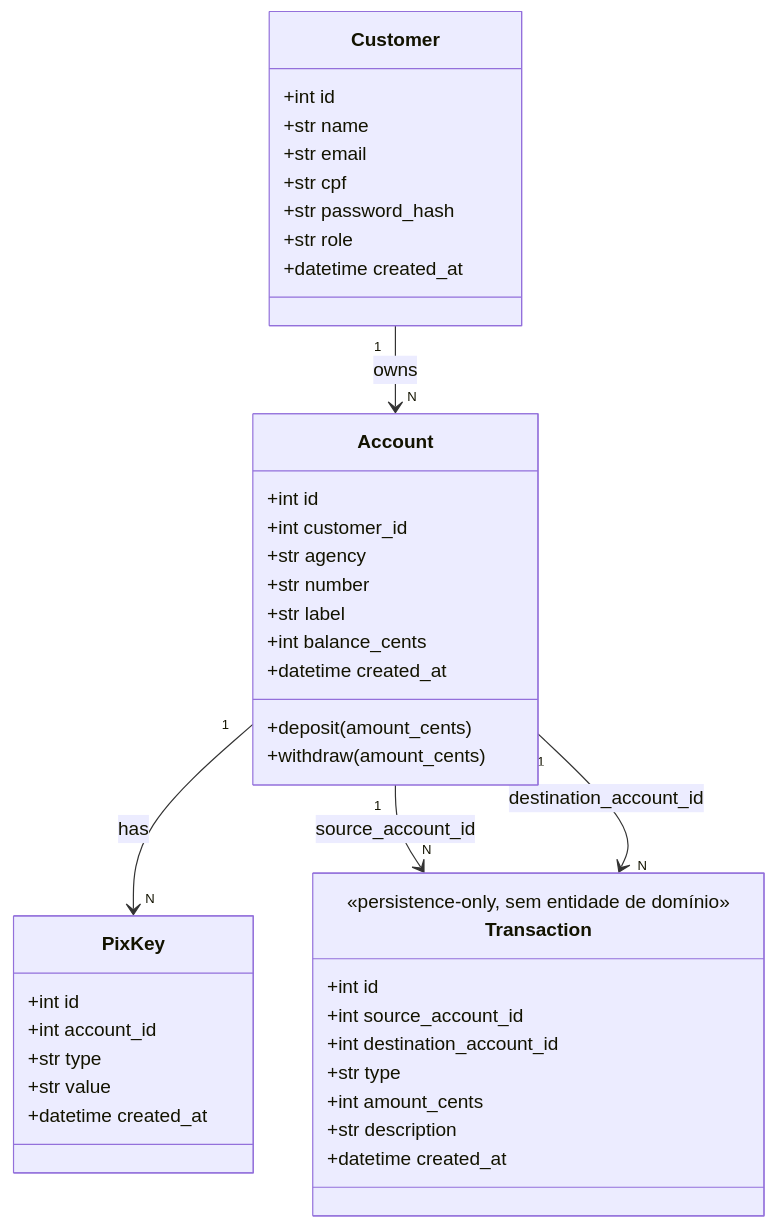
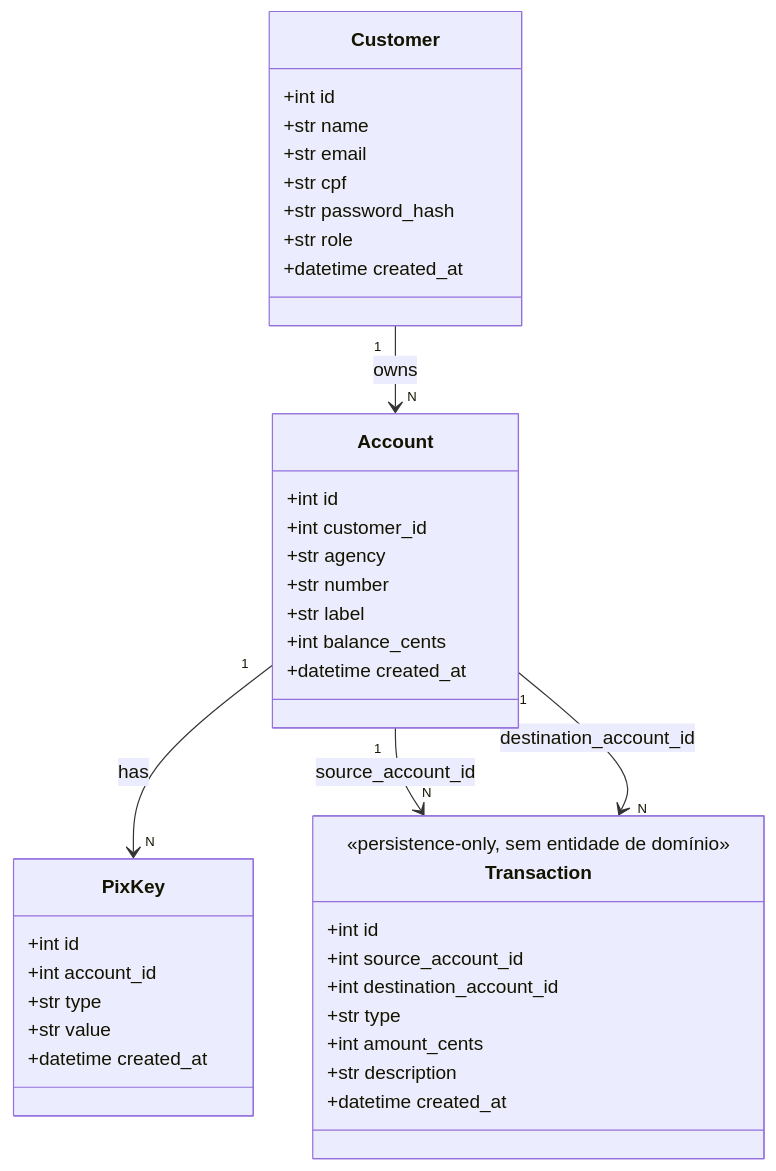
One commit to Henrique-CBueno/CP4---Python changed the diagram in docs/final/04-modelo-de-dominio.md. Above: the diagram before and after it, drawn with Mermaid. The commit also changed other lines of this file and 5 other files, not shown here.

````diff
--- a/docs/final/04-modelo-de-dominio.md
+++ b/docs/final/04-modelo-de-dominio.md
@@ -211,45 +205,43 @@
 ```mermaid
 classDiagram
     class Customer {
         +int id
         +str name
         +str email
         +str cpf
         +str password_hash
         +str role
         +datetime created_at
     }
     class Account {
         +int id
         +int customer_id
         +str agency
         +str number
         +str label
         +int balance_cents
         +datetime created_at
-        +deposit(amount_cents)
-        +withdraw(amount_cents)
     }
     class PixKey {
         +int id
         +int account_id
         +str type
         +str value
         +datetime created_at
     }
     class Transaction {
         <<persistence-only, sem entidade de domínio>>
         +int id
         +int source_account_id
         +int destination_account_id
         +str type
         +int amount_cents
         +str description
         +datetime created_at
     }
 
     Customer "1" --> "N" Account : owns
     Account "1" --> "N" PixKey : has
     Account "1" --> "N" Transaction : source_account_id
     Account "1" --> "N" Transaction : destination_account_id
 ```
````
